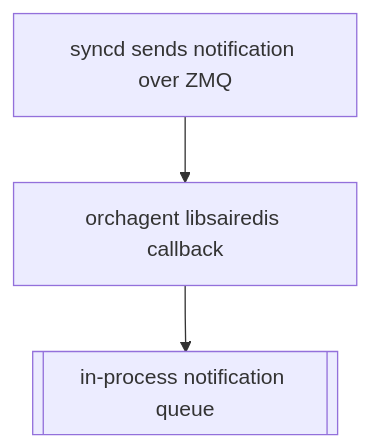
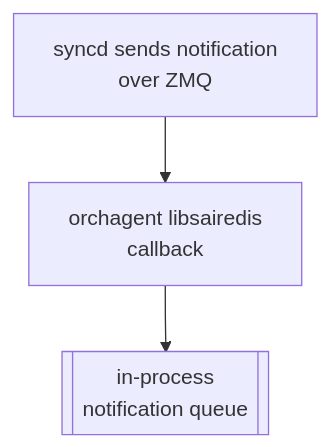
Before and after one commit to sonic-net/sonic-buildimage: diagram 11 of 11 in hld/zmq-southbound-sai-notification-handling.md, drawn with Mermaid. The commit also changed other lines of this file, not shown here.

Commit message:
Improve HLD Mermaid diagram rendering

````diff
--- a/hld/zmq-southbound-sai-notification-handling.md
+++ b/hld/zmq-southbound-sai-notification-handling.md
@@ -743,9 +743,9 @@
 ```mermaid
 flowchart TD
-    zmqNotification["syncd sends notification over ZMQ"]
-    libsairedisCallback["orchagent libsairedis callback"]
-    notificationQueue[["in-process notification queue"]]
+    zmqNotification["syncd sends notification<br/>over ZMQ"]
+    libsairedisCallback["orchagent libsairedis<br/>callback"]
+    notificationQueue[["in-process<br/>notification queue"]]
 
     zmqNotification --> libsairedisCallback
     libsairedisCallback --> notificationQueue
 ```
````
